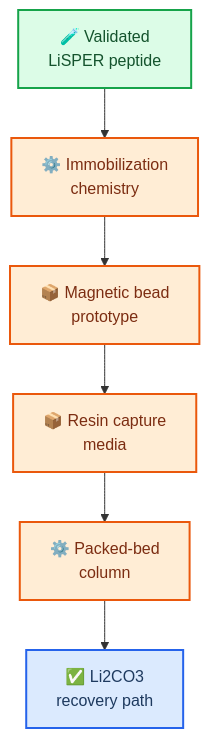
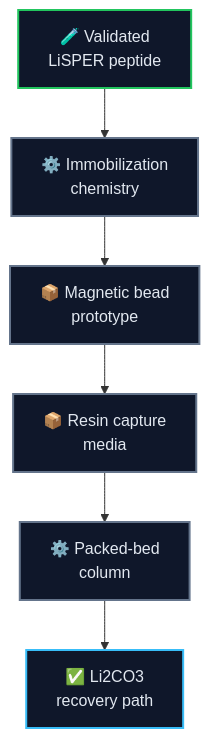
One commit to jackyissocute/LiSPER changed the fourth of 5 diagrams in README.md. Above: the diagram before and after it, drawn with Mermaid. The commit also changed other lines of this file and 10 other files, not shown here.

````diff
--- a/README.md
+++ b/README.md
@@ -405,26 +411,26 @@
 ```mermaid
 flowchart TD
     accTitle: Bio-DLE Translation Path
     accDescr: The industrial translation path converts validated LiSPER peptides into immobilized capture media for column operation and lithium recovery.
 
     peptide["🧪 Validated<br/>LiSPER peptide"]
     immobilization["⚙️ Immobilization<br/>chemistry"]
     beads["📦 Magnetic bead<br/>prototype"]
     resin["📦 Resin capture<br/>media"]
     column["⚙️ Packed-bed<br/>column"]
     recovery["✅ Li2CO3<br/>recovery path"]
 
     peptide --> immobilization
     immobilization --> beads
     beads --> resin
     resin --> column
     column --> recovery
 
-    classDef experimental fill:#dcfce7,stroke:#16a34a,stroke-width:2px,color:#14532d
-    classDef industrial fill:#ffedd5,stroke:#ea580c,stroke-width:2px,color:#7c2d12
-    classDef result fill:#dbeafe,stroke:#2563eb,stroke-width:2px,color:#1e3a5f
+    classDef experimental fill:#0F172A,stroke:#22C55E,stroke-width:2px,color:#E2E8F0
+    classDef industrial fill:#0F172A,stroke:#64748B,stroke-width:2px,color:#E2E8F0
+    classDef result fill:#0F172A,stroke:#38BDF8,stroke-width:2px,color:#E2E8F0
 
     class peptide experimental
     class immobilization,beads,resin,column industrial
     class recovery result
 ```
````
